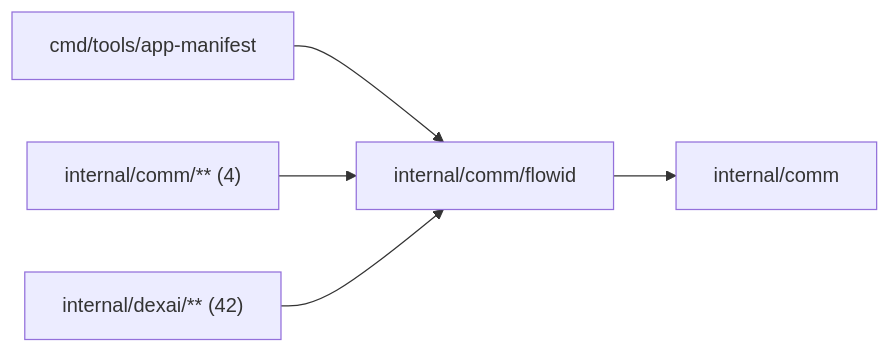
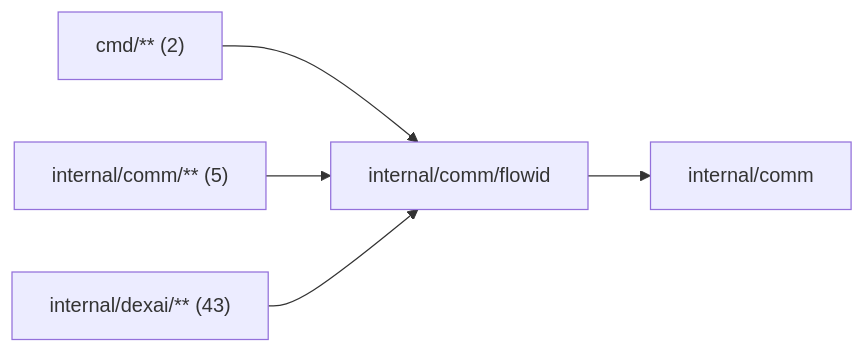
Before and after one commit to superdurable/superverse: the diagram in internal/comm/flowid/README.md, drawn with Mermaid. The commit also changed other lines of this file and 145 other files, not shown here.

````diff
--- a/internal/comm/flowid/README.md
+++ b/internal/comm/flowid/README.md
@@ -10,8 +10,8 @@
 ```mermaid
 flowchart LR
   self["internal/comm/flowid"]
-  c0["cmd/tools/app-manifest"] --> self
-  c1["internal/comm/** (4)"] --> self
-  c2["internal/dexai/** (42)"] --> self
+  c0["cmd/** (2)"] --> self
+  c1["internal/comm/** (5)"] --> self
+  c2["internal/dexai/** (43)"] --> self
   self --> d0["internal/comm"]
 ```
````
